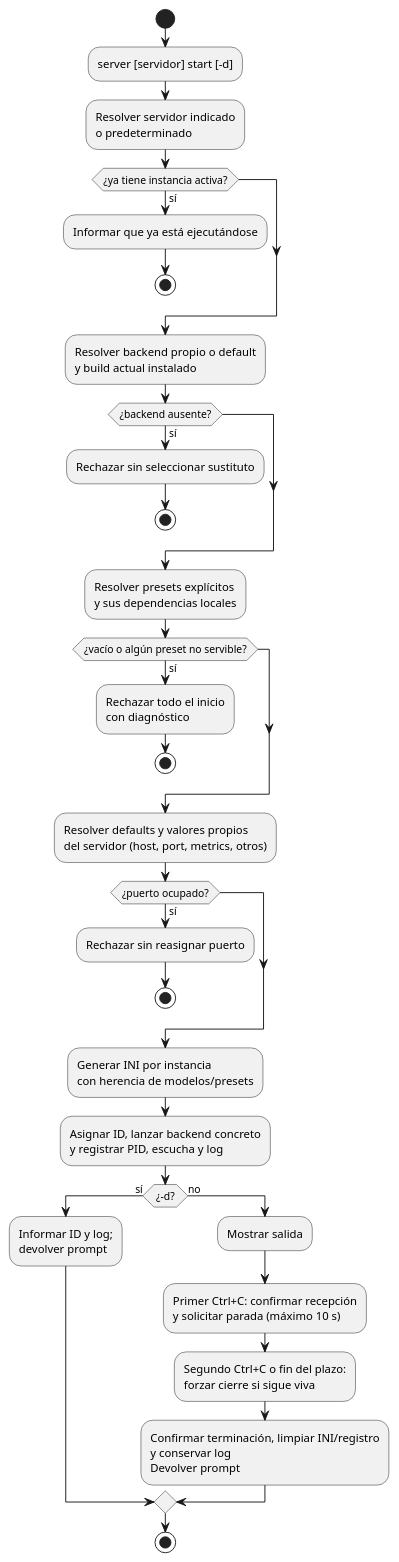
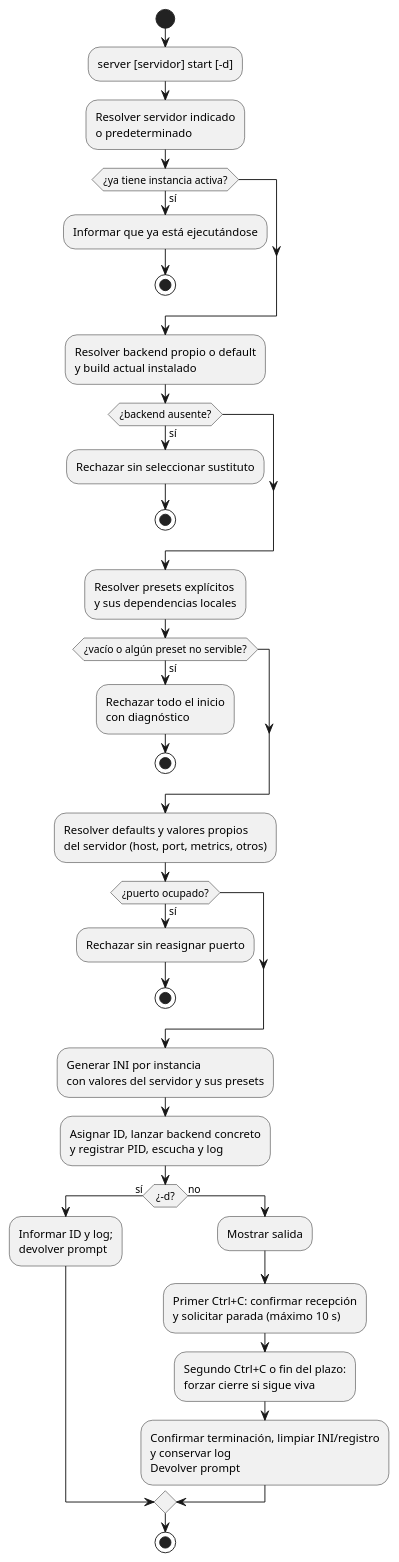
The third of 7 diagrams in docs/actividades.md (mstranich/coquena), drawn with PlantUML before and after one commit. The commit also changed other lines of this file and 31 other files, not shown here.

````diff
--- a/docs/actividades.md
+++ b/docs/actividades.md
@@ -104,37 +104,37 @@
 ```plantuml
 @startuml
 start
 :server [servidor] start [-d];
 :Resolver servidor indicado\no predeterminado;
 if (¿ya tiene instancia activa?) then (sí)
   :Informar que ya está ejecutándose;
   stop
 endif
 :Resolver backend propio o default\ny build actual instalado;
 if (¿backend ausente?) then (sí)
   :Rechazar sin seleccionar sustituto;
   stop
 endif
 :Resolver presets explícitos\ny sus dependencias locales;
 if (¿vacío o algún preset no servible?) then (sí)
   :Rechazar todo el inicio\ncon diagnóstico;
   stop
 endif
 :Resolver defaults y valores propios\ndel servidor (host, port, metrics, otros);
 if (¿puerto ocupado?) then (sí)
   :Rechazar sin reasignar puerto;
   stop
 endif
-:Generar INI por instancia\ncon herencia de modelos/presets;
+:Generar INI por instancia\ncon valores del servidor y sus presets;
 :Asignar ID, lanzar backend concreto\ny registrar PID, escucha y log;
 if (¿-d?) then (sí)
   :Informar ID y log;\ndevolver prompt;
 else (no)
   :Mostrar salida;
   :Primer Ctrl+C: confirmar recepción\ny solicitar parada (máximo 10 s);
   :Segundo Ctrl+C o fin del plazo:\nforzar cierre si sigue viva;
   :Confirmar terminación, limpiar INI/registro\ny conservar log\nDevolver prompt;
 endif
 stop
 @enduml
 ```
````
